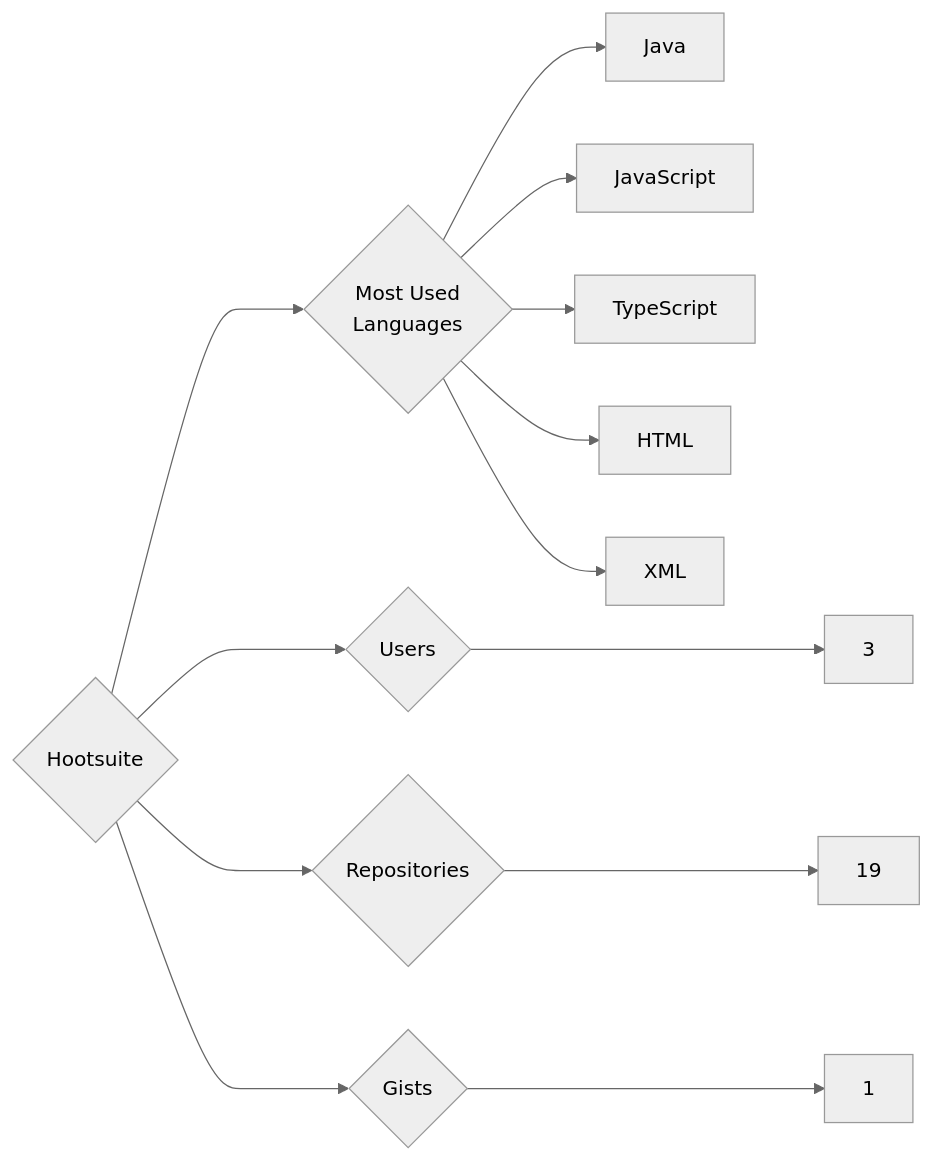
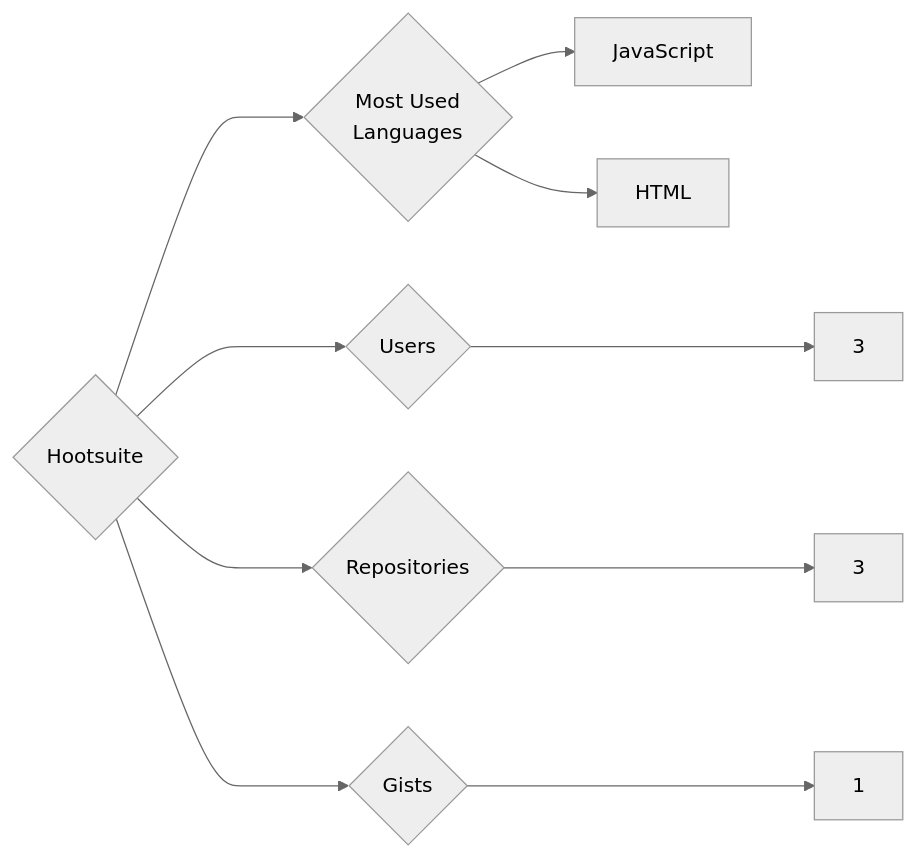
The diagram in targets/Hootsuite/README.md (trickest/insiders), drawn with Mermaid (neutral theme) before and after one commit. The commit also changed 993 other files, not shown here.

````diff
--- a/targets/Hootsuite/README.md
+++ b/targets/Hootsuite/README.md
@@ -3,13 +3,10 @@
 ```mermaid
 graph LR
 COMPANY_NAME{Hootsuite}
 COMPANY_NAME ---> U{Users} ---> UN[3]
-COMPANY_NAME ---> R{Repositories} ---> RN[19]
+COMPANY_NAME ---> R{Repositories} ---> RN[3]
 COMPANY_NAME ---> G{Gists} ---> GN[1]
 COMPANY_NAME ---> ML{Most Used<br>Languages}
-ML --> Java[Java]
 ML --> JavaScript[JavaScript]
-ML --> TypeScript[TypeScript]
 ML --> HTML[HTML]
-ML --> XML[XML]
 ```
````
